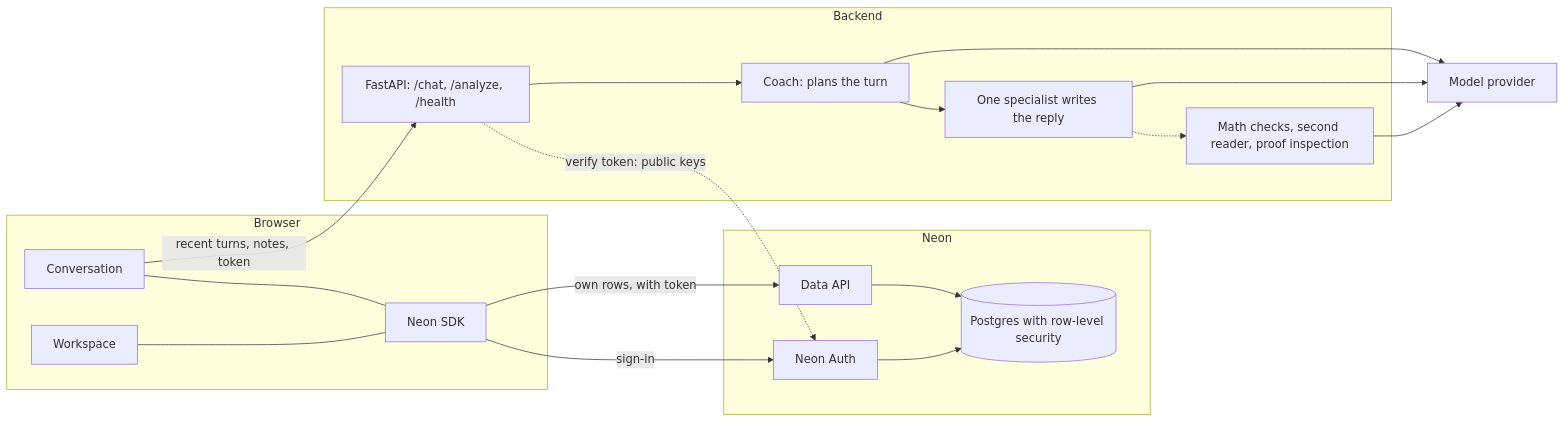
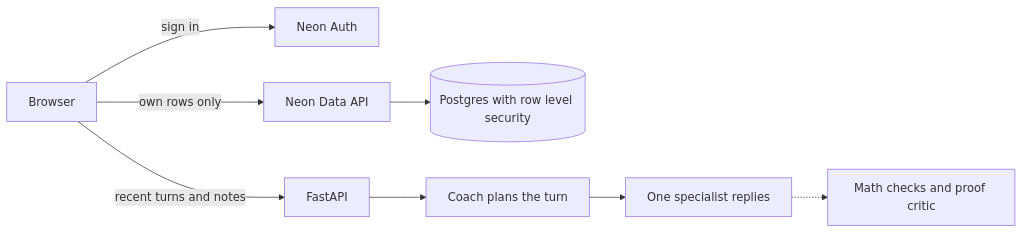
Before and after one commit to bvazrala/Hetu: the diagram in README.md, drawn with Mermaid. The commit also changed other lines of this file and 7 other files, not shown here.

````diff
--- a/README.md
+++ b/README.md
@@ -55,34 +57,9 @@
 ```mermaid
 flowchart LR
-    subgraph Browser
-        CV[Conversation]
-        WS[Workspace]
-        SDK["Neon SDK"]
-    end
-    subgraph Neon
-        NA["Neon Auth"]
-        DA["Data API"]
-        PG[("Postgres with row-level security")]
-    end
-    subgraph Backend
-        API["FastAPI: /chat, /analyze, /health"]
-        CO["Coach: plans the turn"]
-        SP["One specialist writes the reply"]
-        TL["Math checks, second reader, proof inspection"]
-    end
-    PR[Model provider]
-
-    CV --- SDK
-    WS --- SDK
-    SDK -->|"sign-in"| NA
-    SDK -->|"own rows, with token"| DA
-    DA --> PG
-    NA --> PG
-    CV -->|"recent turns, notes, token"| API
-    API -.->|"verify token: public keys"| NA
-    API --> CO --> SP
-    SP -.-> TL
-    CO --> PR
-    SP --> PR
-    TL --> PR
+    B[Browser] -->|sign in| NA[Neon Auth]
+    B -->|own rows only| DA[Neon Data API] --> PG[(Postgres with row level security)]
+    B -->|recent turns and notes| API[FastAPI]
+    API --> C[Coach plans the turn]
+    C --> S[One specialist replies]
+    S -.-> T[Math checks and proof critic]
 ```
````
